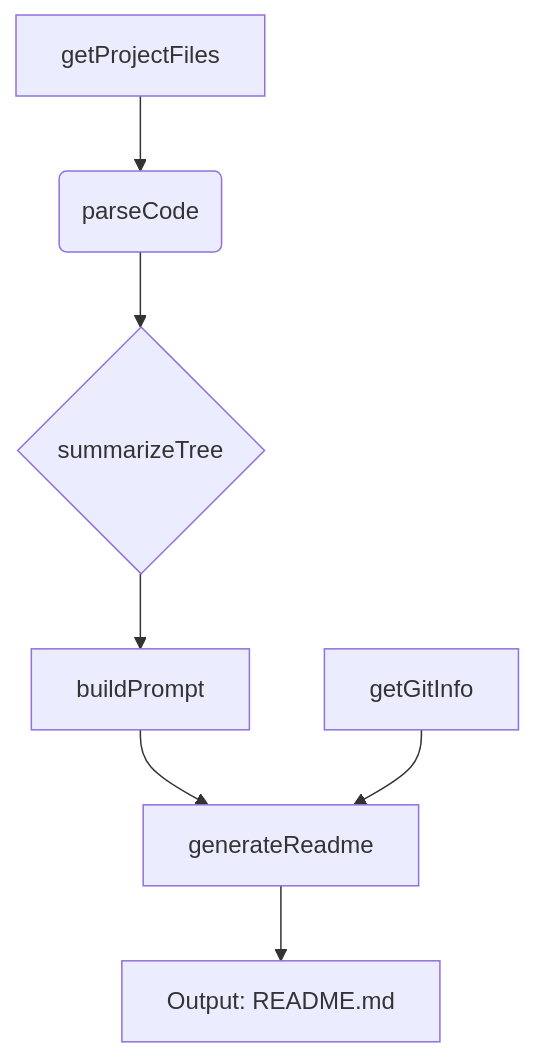
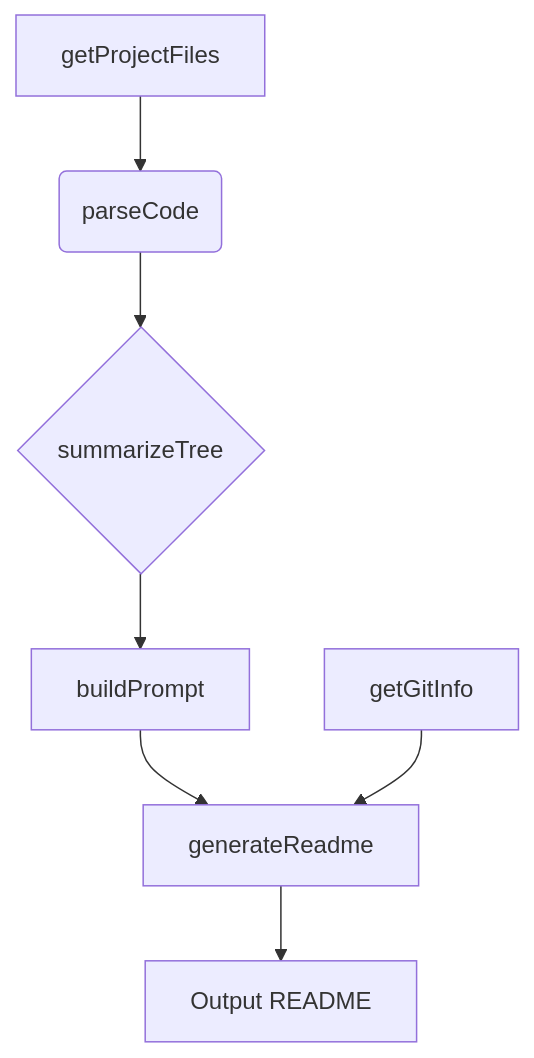
Before and after one commit to PIYUSH1SAINI/ReadMe-wiz: the first of 2 diagrams in README.md, drawn with Mermaid. The commit also changed other lines of this file and 3 other files, not shown here.

````diff
--- a/README.md
+++ b/README.md
@@ -12,9 +11,10 @@
 ```mermaid
 graph TD
     A[getProjectFiles] --> B(parseCode);
     B --> C{summarizeTree};
     C --> D[buildPrompt];
     D --> E[generateReadme];
-    E --> F[Output: README.md];
+    E --> F[Output README];
     G[getGitInfo] --> E;
+
 ```
````
